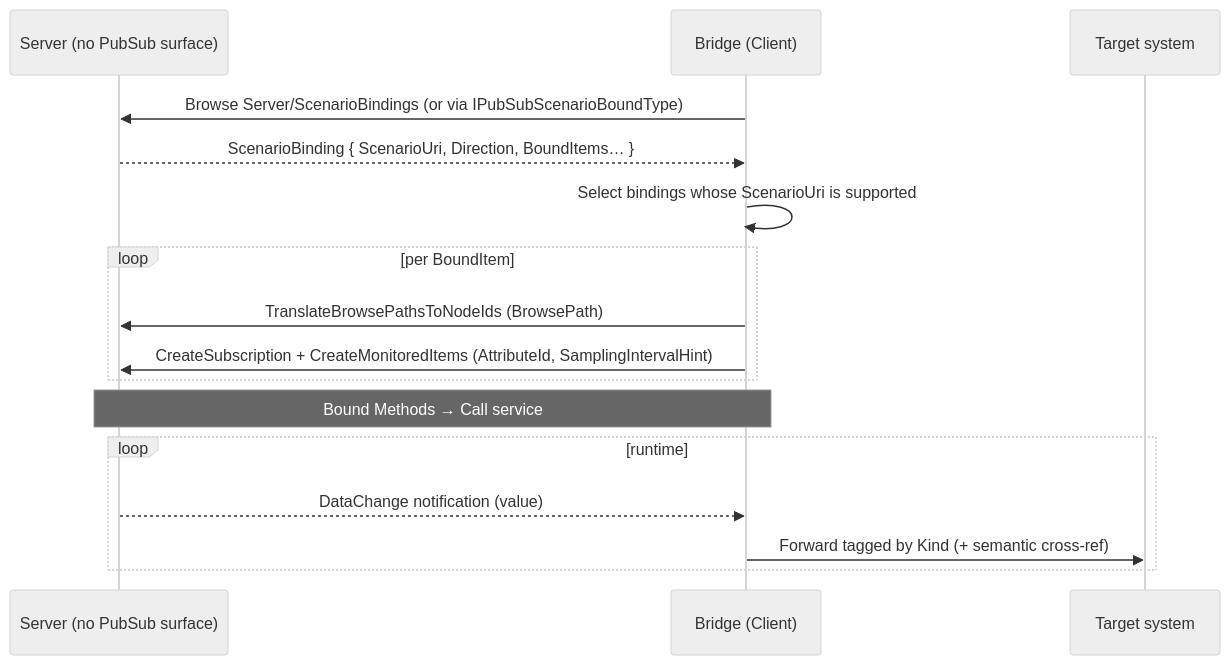
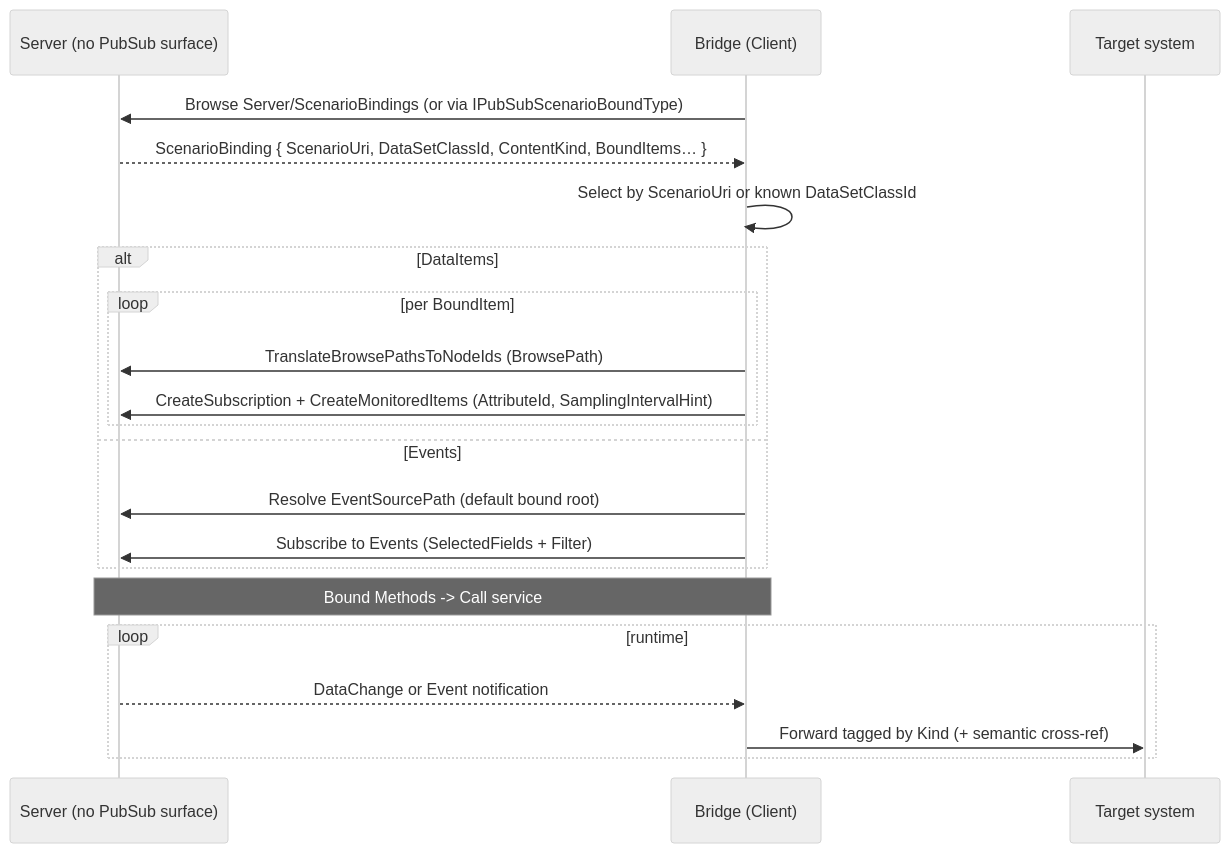
Before and after one commit to marcschier/opcua-drafts: the second of 3 diagrams in core-specs/pubsub-binding/OPC-UA-PubSub-Scenario-Binding.md, drawn with Mermaid (neutral theme). The commit also changed other lines of this file and 12 other files, not shown here.

````diff
--- a/core-specs/pubsub-binding/OPC-UA-PubSub-Scenario-Binding.md
+++ b/core-specs/pubsub-binding/OPC-UA-PubSub-Scenario-Binding.md
@@ -233,18 +292,23 @@
 ```mermaid
 sequenceDiagram
   participant S as Server (no PubSub surface)
   participant B as Bridge (Client)
   participant X as Target system
   B->>S: Browse Server/ScenarioBindings (or via IPubSubScenarioBoundType)
-  S-->>B: ScenarioBinding { ScenarioUri, Direction, BoundItems… }
-  B->>B: Select bindings whose ScenarioUri is supported
-  loop per BoundItem
-    B->>S: TranslateBrowsePathsToNodeIds (BrowsePath)
-    B->>S: CreateSubscription + CreateMonitoredItems (AttributeId, SamplingIntervalHint)
+  S-->>B: ScenarioBinding { ScenarioUri, DataSetClassId, ContentKind, BoundItems… }
+  B->>B: Select by ScenarioUri or known DataSetClassId
+  alt DataItems
+    loop per BoundItem
+      B->>S: TranslateBrowsePathsToNodeIds (BrowsePath)
+      B->>S: CreateSubscription + CreateMonitoredItems (AttributeId, SamplingIntervalHint)
+    end
+  else Events
+    B->>S: Resolve EventSourcePath (default bound root)
+    B->>S: Subscribe to Events (SelectedFields + Filter)
   end
-  Note over S,B: Bound Methods → Call service
+  Note over S,B: Bound Methods -> Call service
   loop runtime
-    S-->>B: DataChange notification (value)
+    S-->>B: DataChange or Event notification
     B->>X: Forward tagged by Kind (+ semantic cross-ref)
   end
 ```
````
